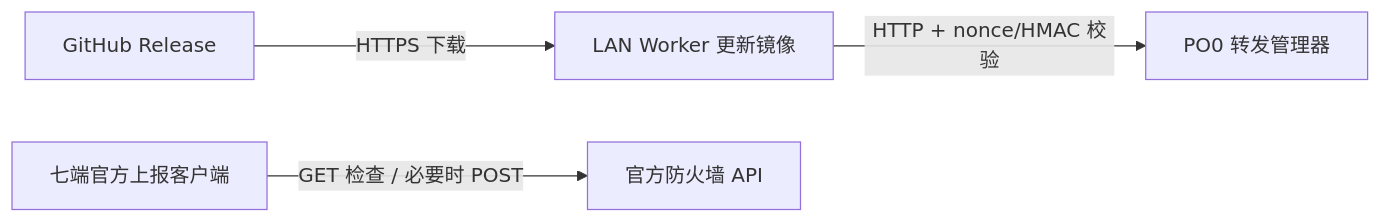
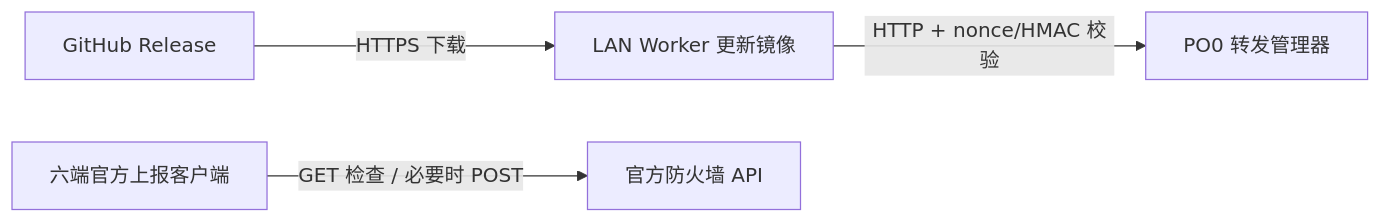
The diagram in scripts/po0/relay/README.md (SchweppesSoda/VPS-Toolkit), drawn with Mermaid before and after one commit. The commit also changed other lines of this file and 64 other files, not shown here.

````diff
--- a/scripts/po0/relay/README.md
+++ b/scripts/po0/relay/README.md
@@ -15,6 +15,6 @@
 ```mermaid
 flowchart LR
   R[GitHub Release] -->|HTTPS 下载| W[LAN Worker 更新镜像]
   W -->|HTTP + nonce/HMAC 校验| P[PO0 转发管理器]
-  C[七端官方上报客户端] -->|GET 检查 / 必要时 POST| O[官方防火墙 API]
+  C[六端官方上报客户端] -->|GET 检查 / 必要时 POST| O[官方防火墙 API]
 ```
````
